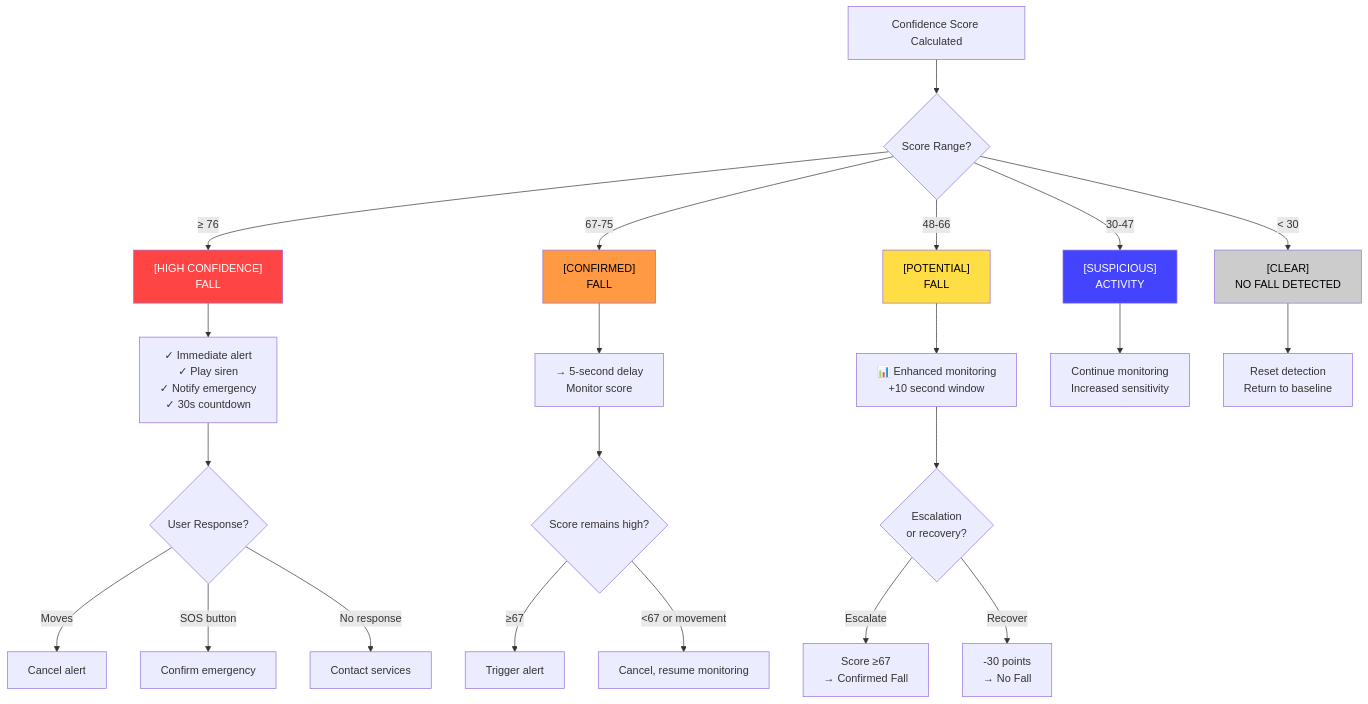
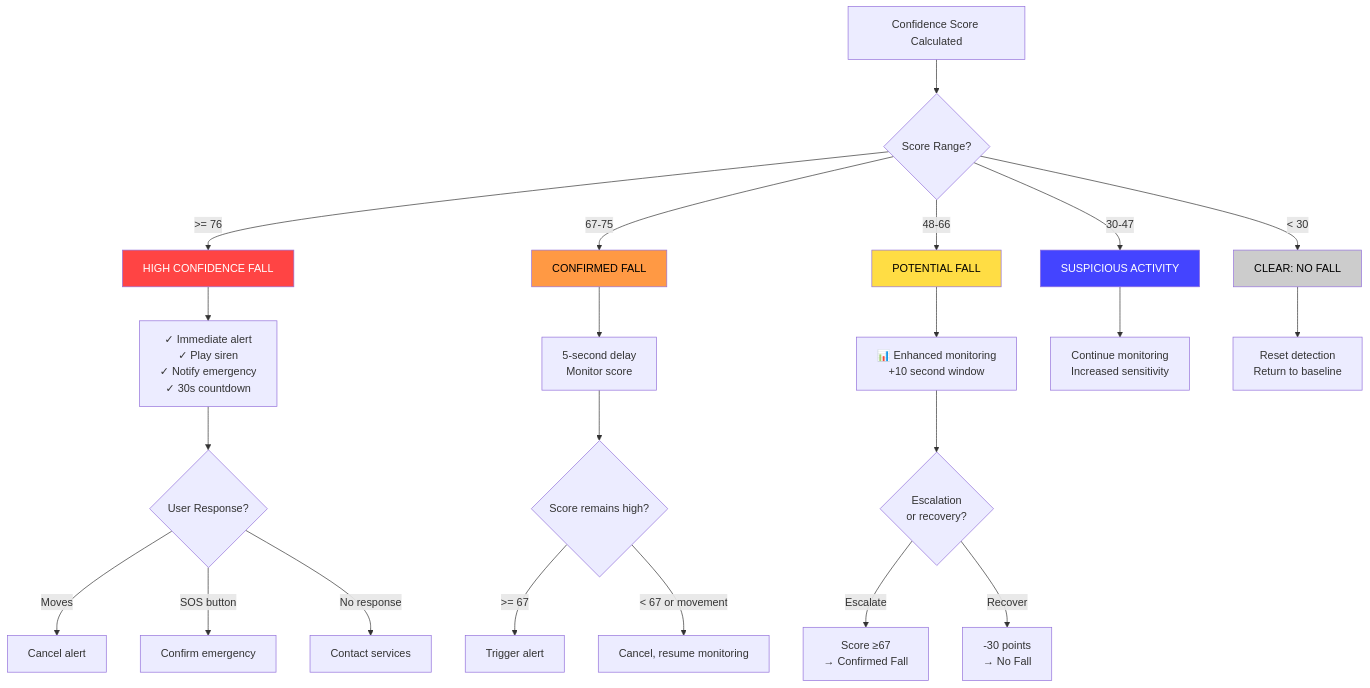
Before and after one commit to Smart-Fall/Hardware: the first of 3 diagrams in docs/algorithm/confidence-scoring.md, drawn with Mermaid. The commit also changed 1 other file, not shown here.

Commit message:
fix: Remove HTML entities from Mermaid diagrams to fix parser errors
- Replaced &lt; with 'less than' or parenthetical expressions in Mermaid syntax
- Replaced &gt; with 'greater than' or parenthetical expressions
- Removed <br/> tags from timeline diagram (not supported by Mermaid)
- Simplified text labels for better Mermaid compatibility
- Fixed timeline parsing error in algorithm/overview.md
- Fixed flowchart label rendering in confidence-scoring.md

Mermaid diagrams now render without parse errors on frontend.

````diff
--- a/docs/algorithm/confidence-scoring.md
+++ b/docs/algorithm/confidence-scoring.md
@@ -106,36 +106,36 @@
 ```mermaid
 graph TD
     A["Confidence Score Calculated"] --> B{Score Range?}
 
-    B -->|≥ 76| C["[HIGH CONFIDENCE]<br/>FALL"]
-    B -->|67-75| D["[CONFIRMED]<br/>FALL"]
-    B -->|48-66| E["[POTENTIAL]<br/>FALL"]
-    B -->|30-47| F["[SUSPICIOUS]<br/>ACTIVITY"]
-    B -->|&lt; 30| G["[CLEAR]<br/>NO FALL DETECTED"]
+    B -->|>= 76| C["HIGH CONFIDENCE FALL"]
+    B -->|67-75| D["CONFIRMED FALL"]
+    B -->|48-66| E["POTENTIAL FALL"]
+    B -->|30-47| F["SUSPICIOUS ACTIVITY"]
+    B -->|< 30| G["CLEAR: NO FALL"]
 
     C --> C1["✓ Immediate alert<br/>✓ Play siren<br/>✓ Notify emergency<br/>✓ 30s countdown"]
     C1 --> C2{User Response?}
     C2 -->|Moves| C3["Cancel alert"]
     C2 -->|SOS button| C4["Confirm emergency"]
     C2 -->|No response| C5["Contact services"]
 
-    D --> D1["→ 5-second delay<br/>Monitor score"]
+    D --> D1["5-second delay<br/>Monitor score"]
     D1 --> D2{Score remains high?}
-    D2 -->|≥67| D3["Trigger alert"]
-    D2 -->|&lt;67 or movement| D4["Cancel, resume monitoring"]
+    D2 -->|>= 67| D3["Trigger alert"]
+    D2 -->|< 67 or movement| D4["Cancel, resume monitoring"]
 
     E --> E1["📊 Enhanced monitoring<br/>+10 second window"]
     E1 --> E2{Escalation<br/>or recovery?}
     E2 -->|Escalate| E3["Score ≥67<br/>→ Confirmed Fall"]
     E2 -->|Recover| E4["-30 points<br/>→ No Fall"]
 
     F --> F1["Continue monitoring<br/>Increased sensitivity"]
 
     G --> G1["Reset detection<br/>Return to baseline"]
 
     style C fill:#ff4444,color:#fff
     style D fill:#ff9944,color:#000
     style E fill:#ffdd44,color:#000
     style F fill:#4444ff,color:#fff
     style G fill:#cccccc,color:#000
 ```
````
